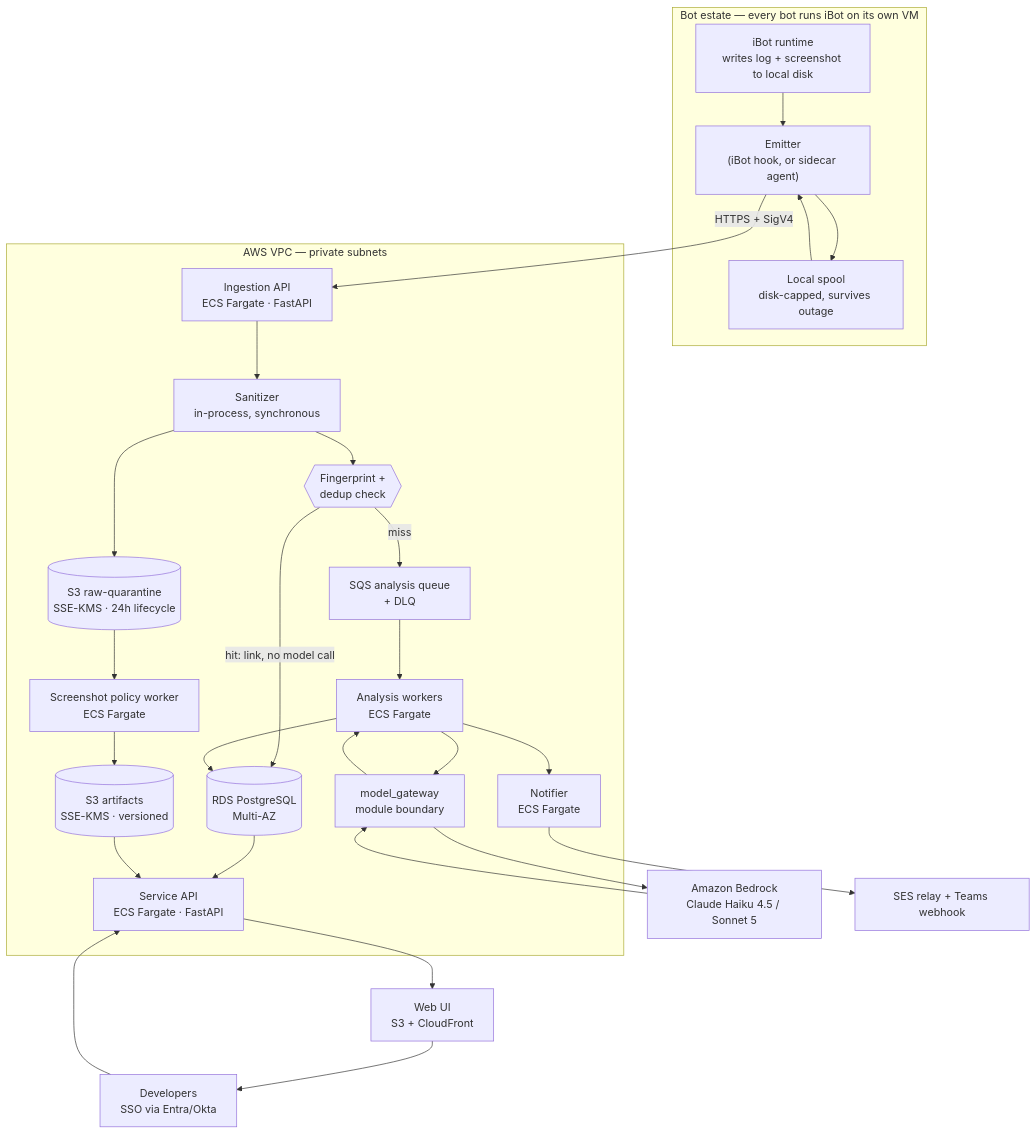
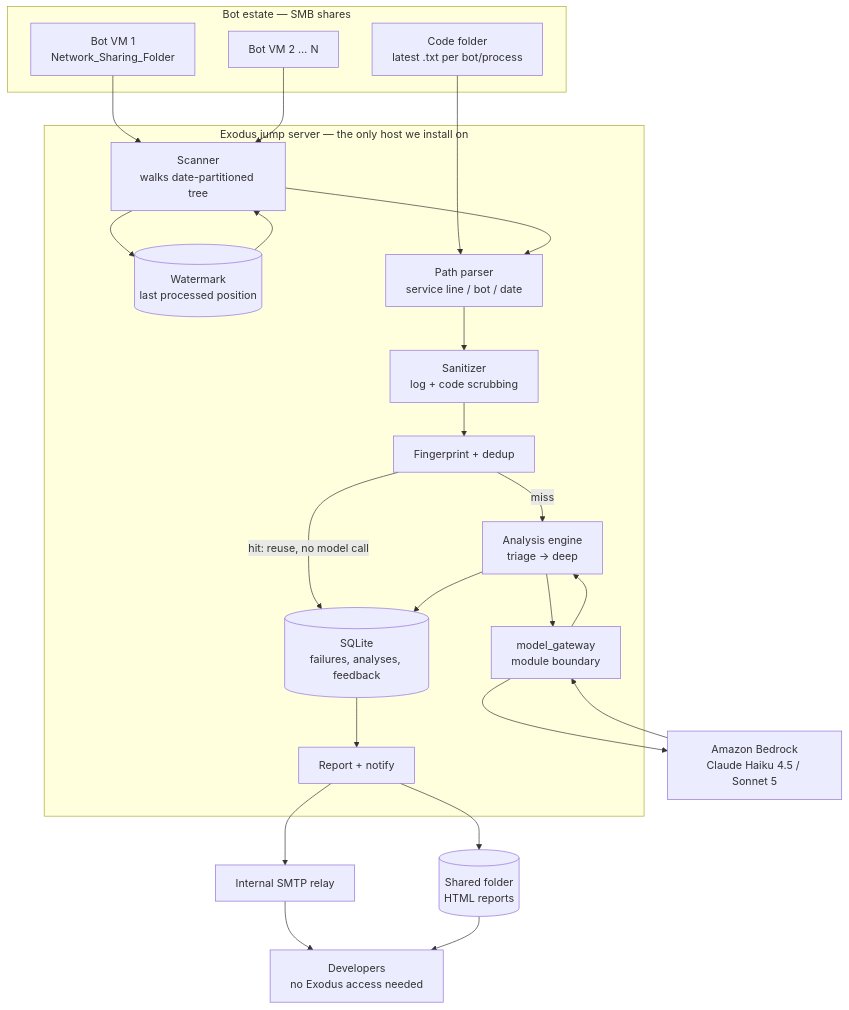
Before and after one commit to KalkiTerminator/Eagle_Eyes: the diagram in docs/ARCHITECTURE.md, drawn with Mermaid. The commit also changed other lines of this file and 5 other files, not shown here.

````diff
--- a/docs/ARCHITECTURE.md
+++ b/docs/ARCHITECTURE.md
@@ -43,53 +108,46 @@
 ```mermaid
 flowchart TB
-    subgraph Edge["Bot estate — every bot runs iBot on its own VM"]
-        A0["iBot runtime<br/>writes log + screenshot to local disk"]
-        A1["Emitter<br/>(iBot hook, or sidecar agent)"]
-        A2["Local spool<br/>disk-capped, survives outage"]
-        A0 --> A1
-        A1 --> A2
-        A2 --> A1
+    subgraph Estate["Bot estate — SMB shares"]
+        V1["Bot VM 1<br/>Network_Sharing_Folder"]
+        V2["Bot VM 2 … N"]
+        CF["Code folder<br/>latest .txt per bot/process"]
     end
 
-    subgraph VPC["AWS VPC — private subnets"]
-        B["Ingestion API<br/>ECS Fargate · FastAPI"]
-        C["Sanitizer<br/>in-process, synchronous"]
-        D[("S3 raw-quarantine<br/>SSE-KMS · 24h lifecycle")]
-        E["Screenshot policy worker<br/>ECS Fargate"]
-        F[("S3 artifacts<br/>SSE-KMS · versioned")]
-        G[("RDS PostgreSQL<br/>Multi-AZ")]
-        H{{"Fingerprint +<br/>dedup check"}}
-        I["SQS analysis queue<br/>+ DLQ"]
-        J["Analysis workers<br/>ECS Fargate"]
-        K["model_gateway<br/>module boundary"]
-        M["Service API<br/>ECS Fargate · FastAPI"]
-        N["Notifier<br/>ECS Fargate"]
+    subgraph Exodus["Exodus jump server — the only host we install on"]
+        SC["Scanner<br/>walks date-partitioned tree"]
+        WM[("Watermark<br/>last processed position")]
+        PR["Path parser<br/>service line / bot / date"]
+        SA["Sanitizer<br/>log + code scrubbing"]
+        FP["Fingerprint + dedup"]
+        DB[("SQLite<br/>failures, analyses, feedback")]
+        AN["Analysis engine<br/>triage → deep"]
+        MG["model_gateway<br/>module boundary"]
+        RP["Report + notify"]
     end
 
-    L["Amazon Bedrock<br/>Claude Haiku 4.5 / Sonnet 5"]
-    O["SES relay + Teams webhook"]
-    P["Web UI<br/>S3 + CloudFront"]
-    Q["Developers<br/>SSO via Entra/Okta"]
+    BR["Amazon Bedrock<br/>Claude Haiku 4.5 / Sonnet 5"]
+    SM["Internal SMTP relay"]
+    OUT[("Shared folder<br/>HTML reports")]
+    DEV["Developers<br/>no Exodus access needed"]
 
-    A1 -->|"HTTPS + SigV4"| B
-    B --> C
-    C --> D
-    D --> E
-    E --> F
-    C --> H
-    H -->|"hit: link, no model call"| G
-    H -->|"miss"| I
-    I --> J
-    J --> K
-    K --> L
-    L --> K
-    K --> J
-    J --> G
-    J --> N
-    N --> O
-    G --> M
-    F --> M
-    M --> P
-    P --> Q
-    Q --> M
+    V1 --> SC
+    V2 --> SC
+    CF --> PR
+    SC --> WM
+    WM --> SC
+    SC --> PR
+    PR --> SA
+    SA --> FP
+    FP -->|"hit: reuse, no model call"| DB
+    FP -->|"miss"| AN
+    AN --> MG
+    MG --> BR
+    BR --> MG
+    MG --> AN
+    AN --> DB
+    DB --> RP
+    RP --> SM
+    RP --> OUT
+    SM --> DEV
+    OUT --> DEV
 ```
````
